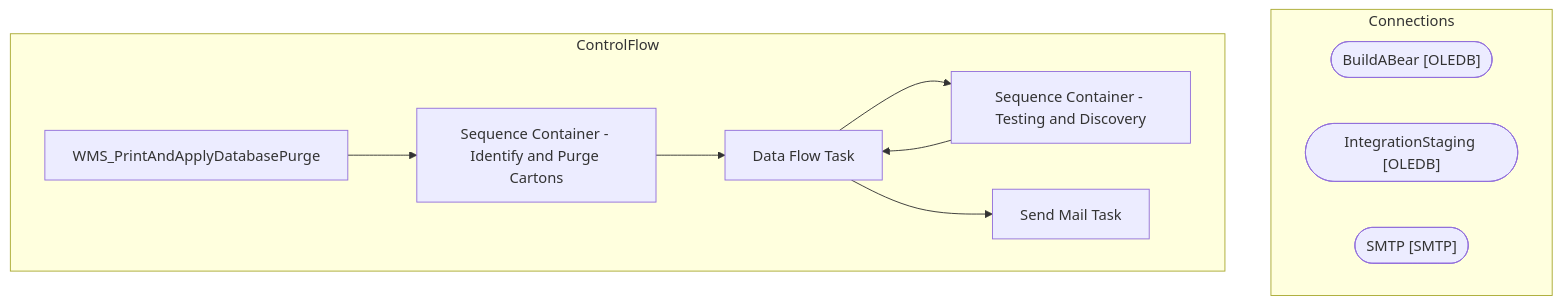
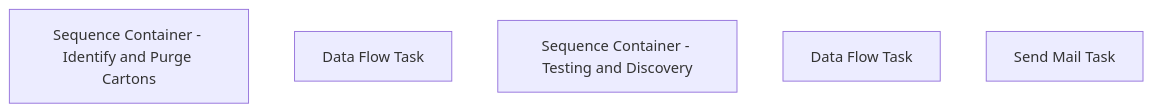
Before and after one commit to juanandresbrain/BABSkills: the diagram in bab-docs-explorer/Documentation/STL-SSIS-P-01/SSIS/WMS/WMS_PrintAndApplyDatabasePurge.WMS_PrintAndApplyDatabasePurge.md, drawn with Mermaid. The commit also changed other lines of this file and 273 other files, not shown here.

````diff
--- a/bab-docs-explorer/Documentation/STL-SSIS-P-01/SSIS/WMS/WMS_PrintAndApplyDatabasePurge.WMS_PrintAndApplyDatabasePurge.md
+++ b/bab-docs-explorer/Documentation/STL-SSIS-P-01/SSIS/WMS/WMS_PrintAndApplyDatabasePurge.WMS_PrintAndApplyDatabasePurge.md
@@ -9,21 +38,8 @@
 ```mermaid
 flowchart TD
-    subgraph Connections
-        BuildABear_conn(["BuildABear [OLEDB]"])
-        IntegrationStaging_conn(["IntegrationStaging [OLEDB]"])
-        SMTP_conn(["SMTP [SMTP]"])
-    end
-    subgraph ControlFlow
-        WMS_PrintAndApplyDatabasePurge_task["WMS_PrintAndApplyDatabasePurge"]
-        Sequence_Container___Identify_and_Purge_Cartons_task["Sequence Container - Identify and Purge Cartons"]
-        WMS_PrintAndApplyDatabasePurge_task --> Sequence_Container___Identify_and_Purge_Cartons_task
-        Data_Flow_Task_task["Data Flow Task"]
-        Sequence_Container___Identify_and_Purge_Cartons_task --> Data_Flow_Task_task
-        Sequence_Container___Testing_and_Discovery_task["Sequence Container - Testing and Discovery"]
-        Data_Flow_Task_task --> Sequence_Container___Testing_and_Discovery_task
-        Data_Flow_Task_task["Data Flow Task"]
-        Sequence_Container___Testing_and_Discovery_task --> Data_Flow_Task_task
-        Send_Mail_Task_task["Send Mail Task"]
-        Data_Flow_Task_task --> Send_Mail_Task_task
-    end
+    n_Package_Sequence_Container___Identify_and_Purge_Cartons["Sequence Container - Identify and Purge Cartons"]
+    n_Package_Sequence_Container___Identify_and_Purge_Cartons_Data_Flow_Task["Data Flow Task"]
+    n_Package_Sequence_Container___Testing_and_Discovery["Sequence Container - Testing and Discovery"]
+    n_Package_Sequence_Container___Testing_and_Discovery_Data_Flow_Task["Data Flow Task"]
+    n_Package_EventHandlers_OnError__Send_Mail_Task["Send Mail Task"]
 ```
````
